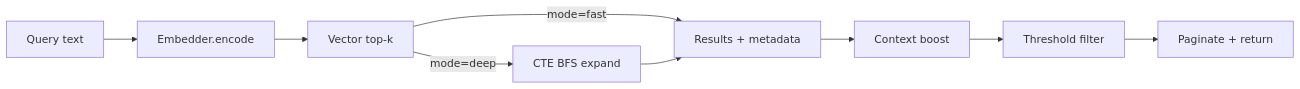
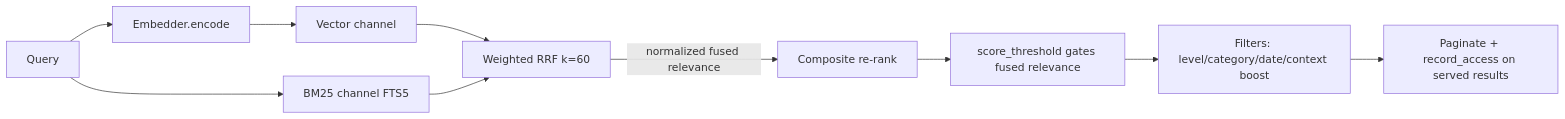
One commit to TtTRz/MerkurDB changed the first of 4 diagrams in docs/ARCHITECTURE.md. Above: the diagram before and after it, drawn with Mermaid. The commit also changed other lines of this file and 12 other files, not shown here.

````diff
--- a/docs/ARCHITECTURE.md
+++ b/docs/ARCHITECTURE.md
@@ -139,11 +78,12 @@
 ```mermaid
 flowchart LR
-    Q[Query text] --> E[Embedder.encode]
-    E --> V[Vector top-k]
-    V -->|mode=fast| R[Results + metadata]
-    V -->|mode=deep| BFS[CTE BFS expand]
-    BFS --> R
-    R --> CB[Context boost]
-    CB --> TH[Threshold filter]
-    TH --> P[Paginate + return]
+    Q[Query] --> E[Embedder.encode]
+    E --> V[Vector channel]
+    Q --> B[BM25 channel FTS5]
+    V --> RRF[Weighted RRF k=60]
+    B --> RRF
+    RRF -->|normalized fused relevance| C[Composite re-rank]
+    C --> TH[score_threshold gates fused relevance]
+    TH --> F[Filters: level/category/date/context boost]
+    F --> P[Paginate + record_access on served results]
 ```
````
